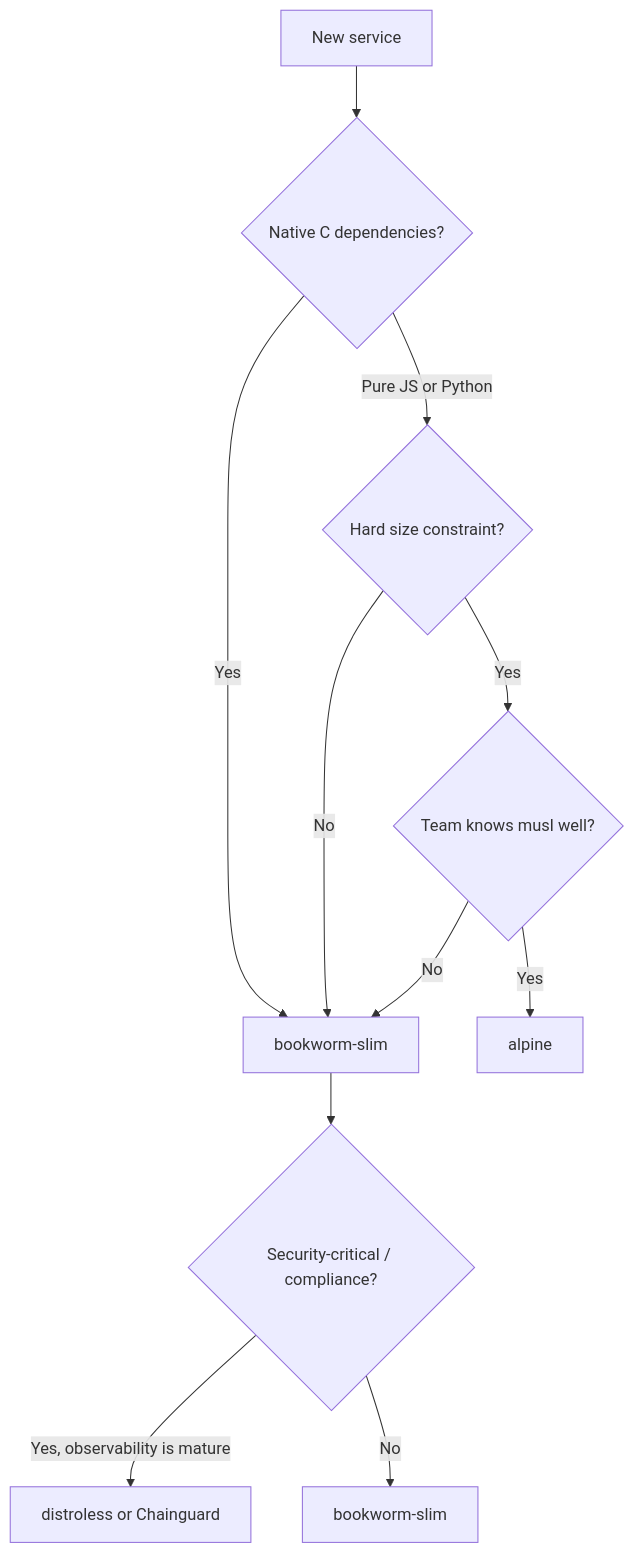
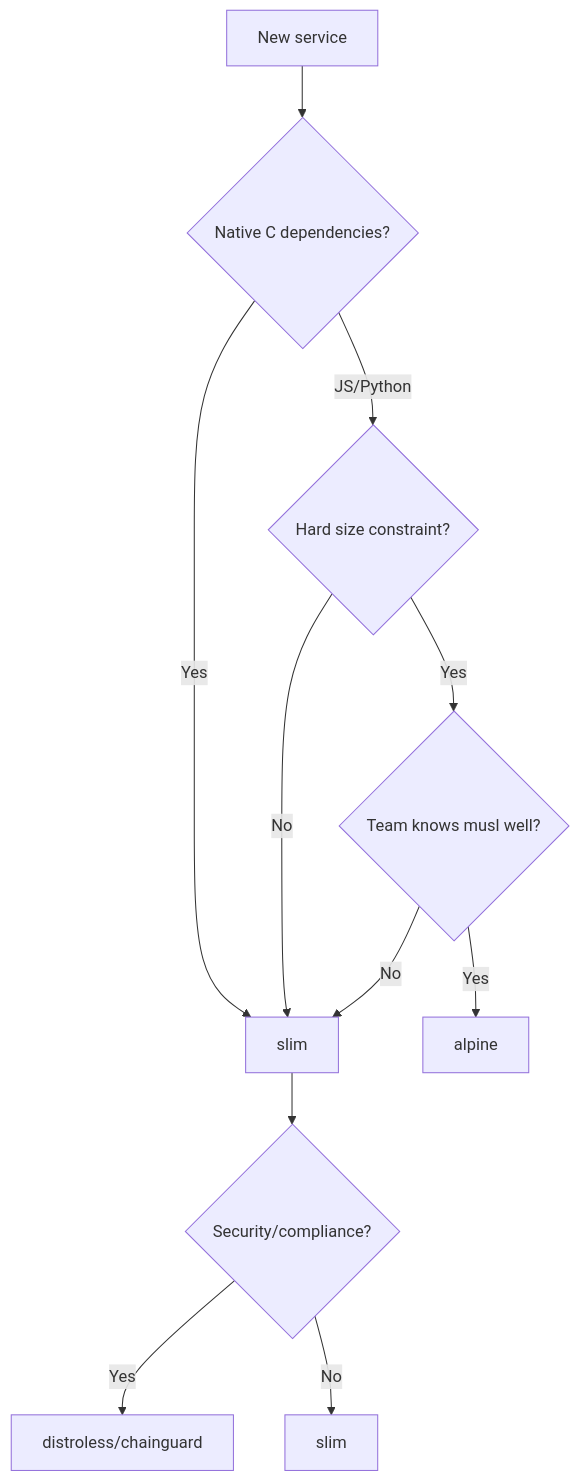
One commit to denis23x/denis-iakimenko changed the third of 3 diagrams in src/data/blog/_2026/docker-base-image-types.md. Above: the diagram before and after it, drawn with Mermaid. The commit also changed other lines of this file and 4 other files, not shown here.

````diff
--- a/src/data/blog/_2026/docker-base-image-types.md
+++ b/src/data/blog/_2026/docker-base-image-types.md
@@ -218,13 +219,13 @@
 ```mermaid
 flowchart TD
     A[New service] --> B{Native C dependencies?}
-    B -->|Yes| C[bookworm-slim]
-    B -->|Pure JS or Python| D{Hard size constraint?}
+    B -->|Yes| C[slim]
+    B -->|JS/Python| D{Hard size constraint?}
     D -->|No| C
     D -->|Yes| E{Team knows musl well?}
     E -->|Yes| F[alpine]
     E -->|No| C
-    C --> G{Security-critical / compliance?}
-    G -->|Yes, observability is mature| H[distroless or Chainguard]
-    G -->|No| I[bookworm-slim]
+    C --> G{Security/compliance?}
+    G -->|Yes| H[distroless/chainguard]
+    G -->|No| I[slim]
 ```
````
